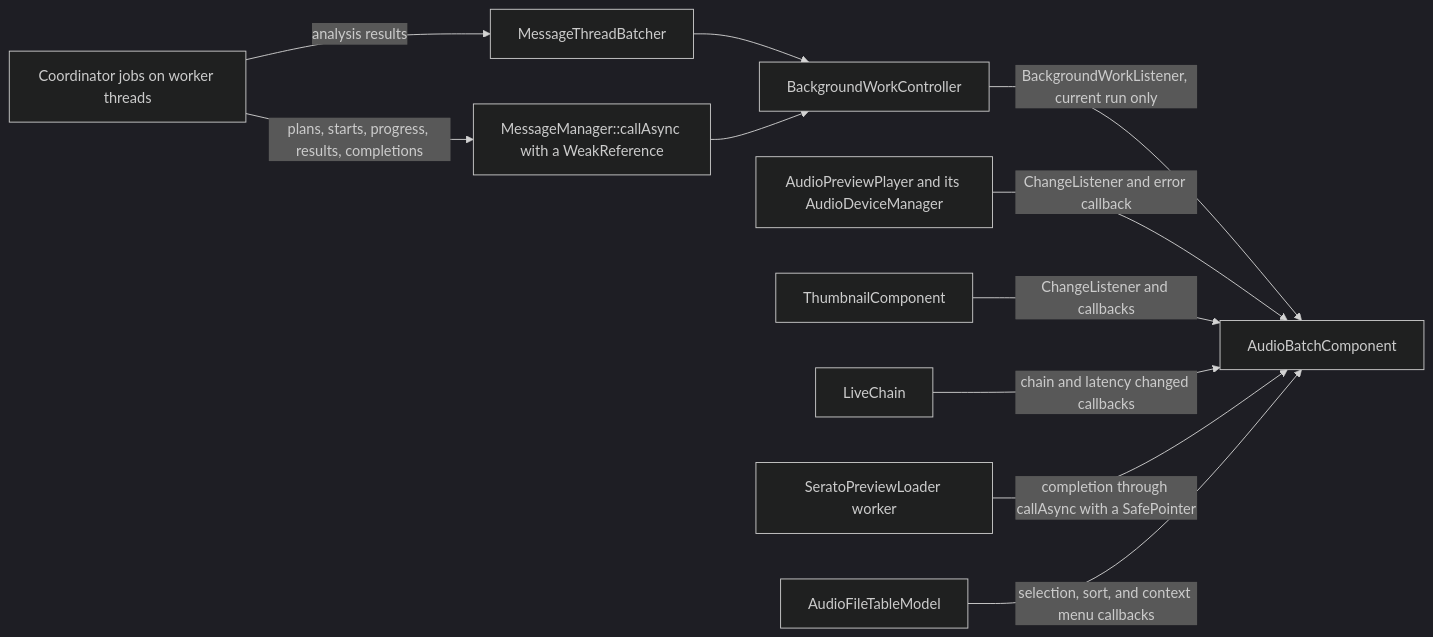
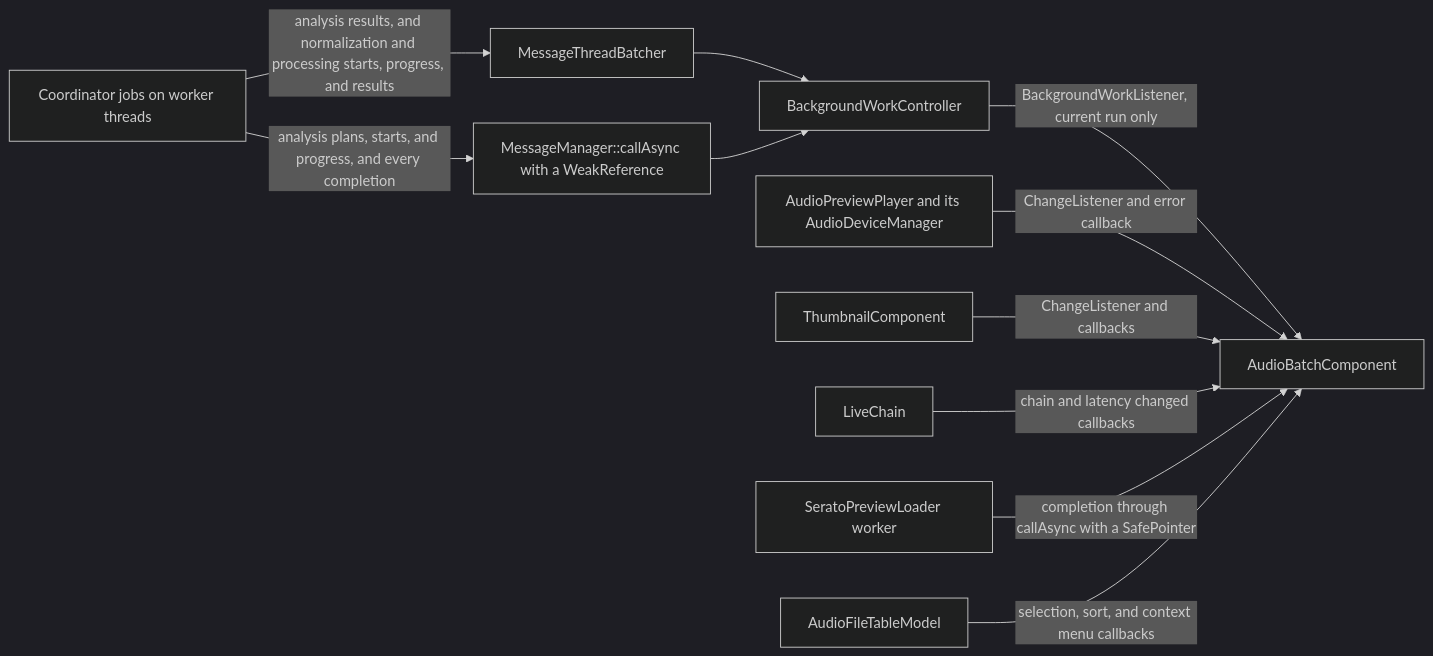
Before and after one commit to Esgrove/AudioBatch: the third of 7 diagrams in cpp/ARCHITECTURE.md, drawn with Mermaid (dark theme). The commit also changed other lines of this file, not shown here.

Commit message:
docs: describe the batched normalization and processing events in cpp/ARCHITECTURE.md

````diff
--- a/cpp/ARCHITECTURE.md
+++ b/cpp/ARCHITECTURE.md
@@ -114,24 +114,24 @@
 ```mermaid
 flowchart LR
     jobs["Coordinator jobs on worker threads"]
     batcher["MessageThreadBatcher"]
     async["MessageManager::callAsync with a WeakReference"]
     controller["BackgroundWorkController"]
     component["AudioBatchComponent"]
     player["AudioPreviewPlayer and its AudioDeviceManager"]
     thumbnail["ThumbnailComponent"]
     chain["LiveChain"]
     serato["SeratoPreviewLoader worker"]
     table["AudioFileTableModel"]
 
-    jobs -->|"analysis results"| batcher
-    jobs -->|"plans, starts, progress, results, completions"| async
+    jobs -->|"analysis results, and normalization and processing starts, progress, and results"| batcher
+    jobs -->|"analysis plans, starts, and progress, and every completion"| async
     batcher --> controller
     async --> controller
     controller -->|"BackgroundWorkListener, current run only"| component
     player -->|"ChangeListener and error callback"| component
     thumbnail -->|"ChangeListener and callbacks"| component
     chain -->|"chain and latency changed callbacks"| component
     serato -->|"completion through callAsync with a SafePointer"| component
     table -->|"selection, sort, and context menu callbacks"| component
 ```
````
